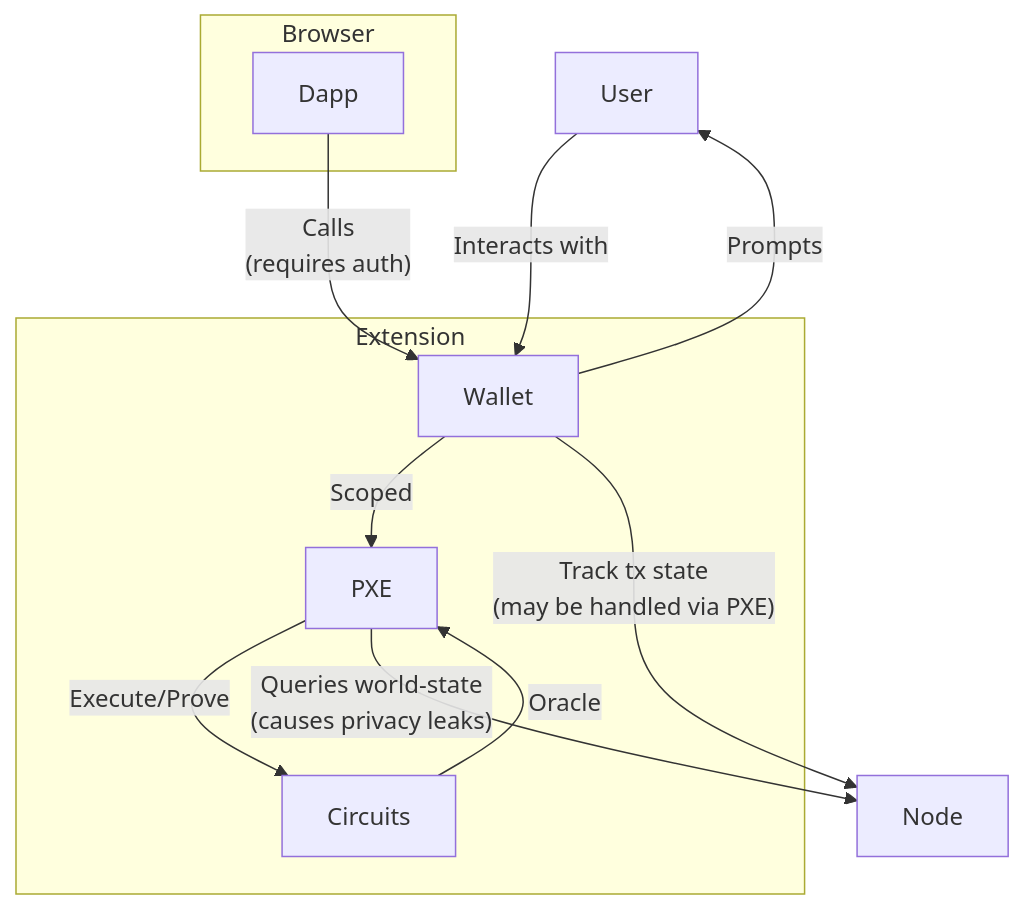
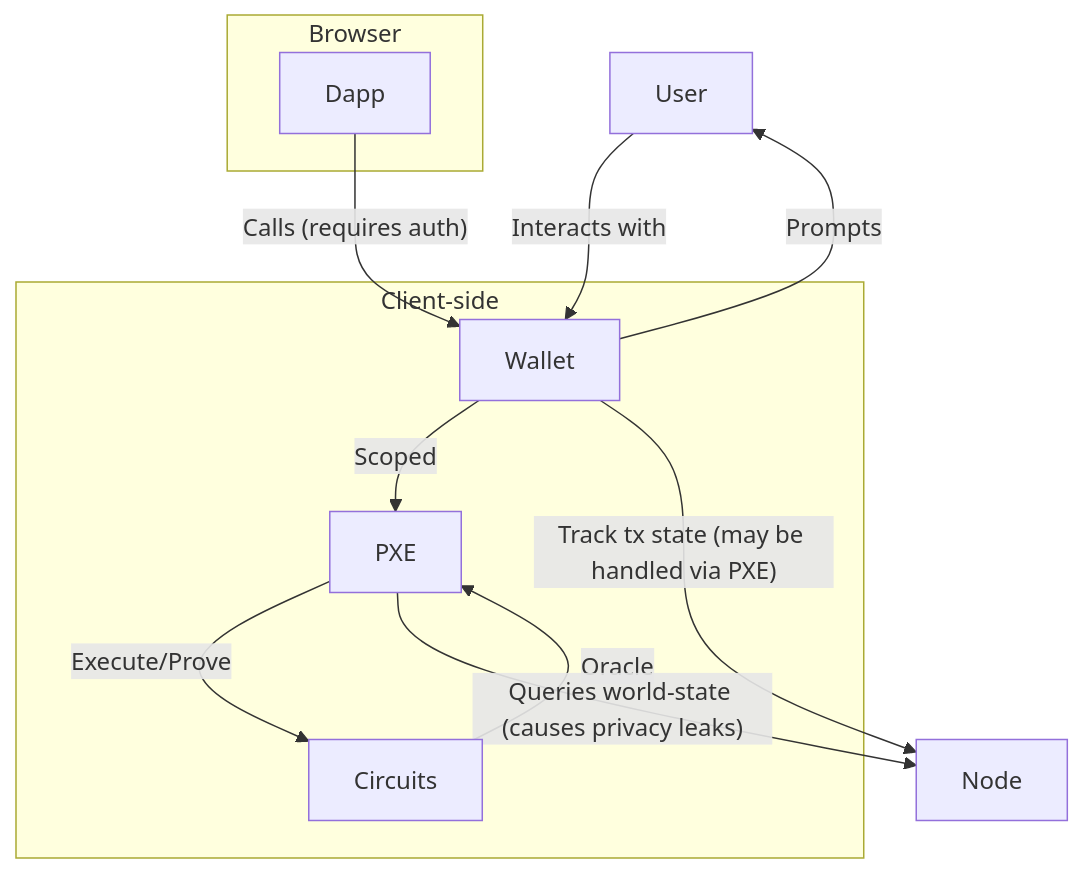
The diagram in docs/docs/aztec/concepts/pxe/index.md (AztecProtocol/aztec-packages), drawn with Mermaid before and after one commit. The commit also changed other lines of this file, not shown here.

````diff
--- a/docs/docs/aztec/concepts/pxe/index.md
+++ b/docs/docs/aztec/concepts/pxe/index.md
@@ -28,17 +26,17 @@
 ```mermaid
 flowchart TB
     User --Interacts with--> Wallet
     Wallet --Prompts--> User
     subgraph Browser
     Dapp
     end
-    Dapp --Calls\n(requires auth)--> Wallet
-    subgraph Extension
+    Dapp --Calls (requires auth)--> Wallet
+    subgraph Client-side
         Wallet --Scoped--> PXE
         PXE --Execute/Prove--> Circuits
         Circuits --Oracle--> PXE
     end
-    PXE --Queries world-state\n(causes privacy leaks)--> Node
-    Wallet --Track tx state\n(may be handled via PXE)--> Node
+    PXE --Queries world-state (causes privacy leaks)--> Node
+    Wallet --Track tx state (may be handled via PXE)--> Node
 
 ```
````
